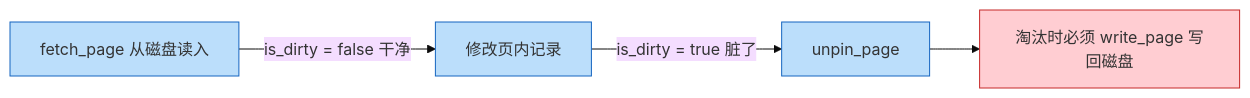
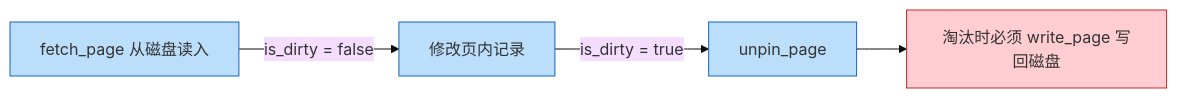
Before and after one commit to Dorian7Alden/RMDB-2024-Analyze: the second of 4 diagrams in my-analysis/01-storage-layer/04-buffer-pool-overview.md, drawn with Mermaid (base theme). The commit also changed other lines of this file, not shown here.

Commit message:
四个核心概念补源码对应：Page 结构体、pin_count、is_dirty、fetch_page 实现

````diff
--- a/my-analysis/01-storage-layer/04-buffer-pool-overview.md
+++ b/my-analysis/01-storage-layer/04-buffer-pool-overview.md
@@ -71,11 +113,11 @@
 ```mermaid
 flowchart LR
-    A["fetch_page 从磁盘读入"] -->|"is_dirty = false 干净"| B["修改页内记录"]
-    B -->|"is_dirty = true 脏了"| C["unpin_page"]
+    A["fetch_page 从磁盘读入"] -->|"is_dirty = false"| B["修改页内记录"]
+    B -->|"is_dirty = true"| C["unpin_page"]
     C --> D["淘汰时必须 write_page 写回磁盘"]
 
     classDef op fill:#bbdefb,stroke:#1565c0
     classDef disk fill:#ffcdd2,stroke:#c62828
     class A,B,C op
     class D disk
 ```
````
